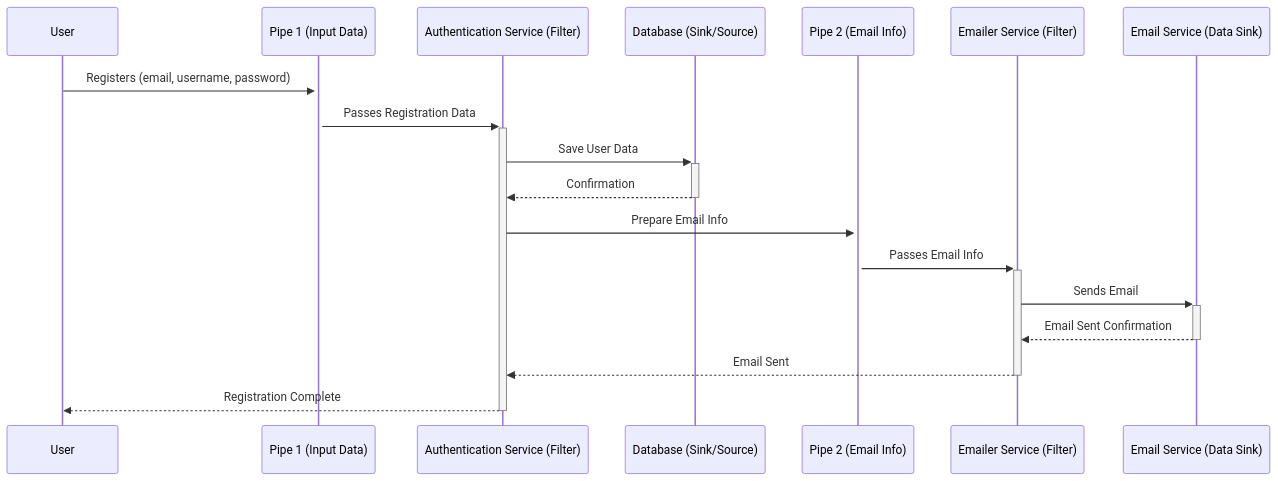
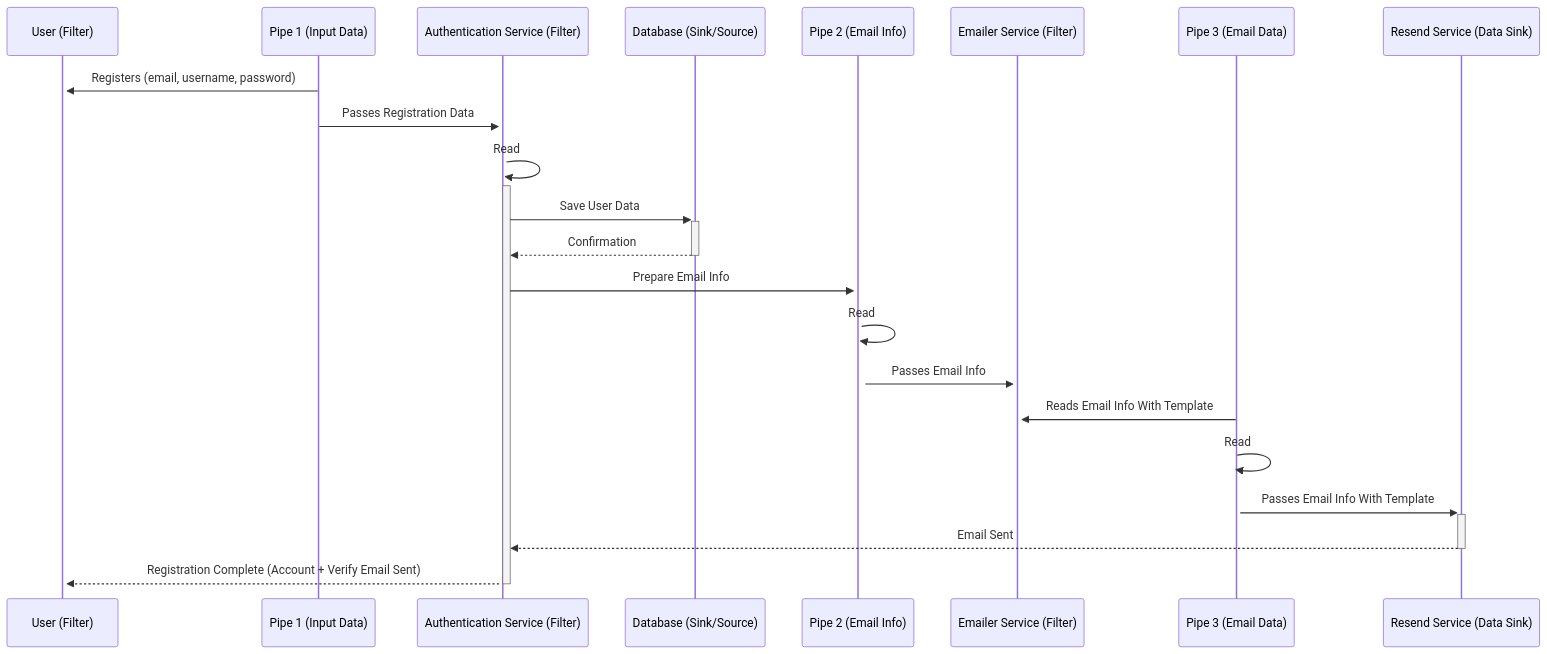
Before and after one commit to YazeedAlKhalaf/swe-302: the diagram in examples/pipe-and-filter.mmd, drawn with Mermaid. The commit also changed 1 other file, not shown here.

Commit message:
update pipe and filter based upon doctor's feedback

```diff
--- a/examples/pipe-and-filter.mmd
+++ b/examples/pipe-and-filter.mmd
@@ -1,19 +1,23 @@
 sequenceDiagram
-    participant U as User
+    participant U as User (Filter)
     participant P1 as Pipe 1 (Input Data)
     participant AS as Authentication Service (Filter)
     participant DB as Database (Sink/Source)
     participant P2 as Pipe 2 (Email Info)
     participant ES as Emailer Service (Filter)
-    participant E as Email Service (Data Sink)
+    participant P3 as Pipe 3 (Email Data)
+    participant R as Resend Service (Data Sink)
 
-    U->>+P1: Registers (email, username, password)
+    P1->>+U: Registers (email, username, password)
     P1->>+AS: Passes Registration Data
+    AS->>+AS: Read
     AS->>+DB: Save User Data
     DB-->>-AS: Confirmation
     AS->>+P2: Prepare Email Info
+    P2->>+P2: Read
     P2->>+ES: Passes Email Info
-    ES->>+E: Sends Email
-    E-->>-ES: Email Sent Confirmation
-    ES-->>-AS: Email Sent
-    AS-->>-U: Registration Complete
+    P3->>+ES: Reads Email Info With Template
+    P3->>+P3: Read
+    P3->>+R: Passes Email Info With Template
+    R-->>-AS: Email Sent
+    AS-->>-U: Registration Complete (Account + Verify Email Sent)
```
